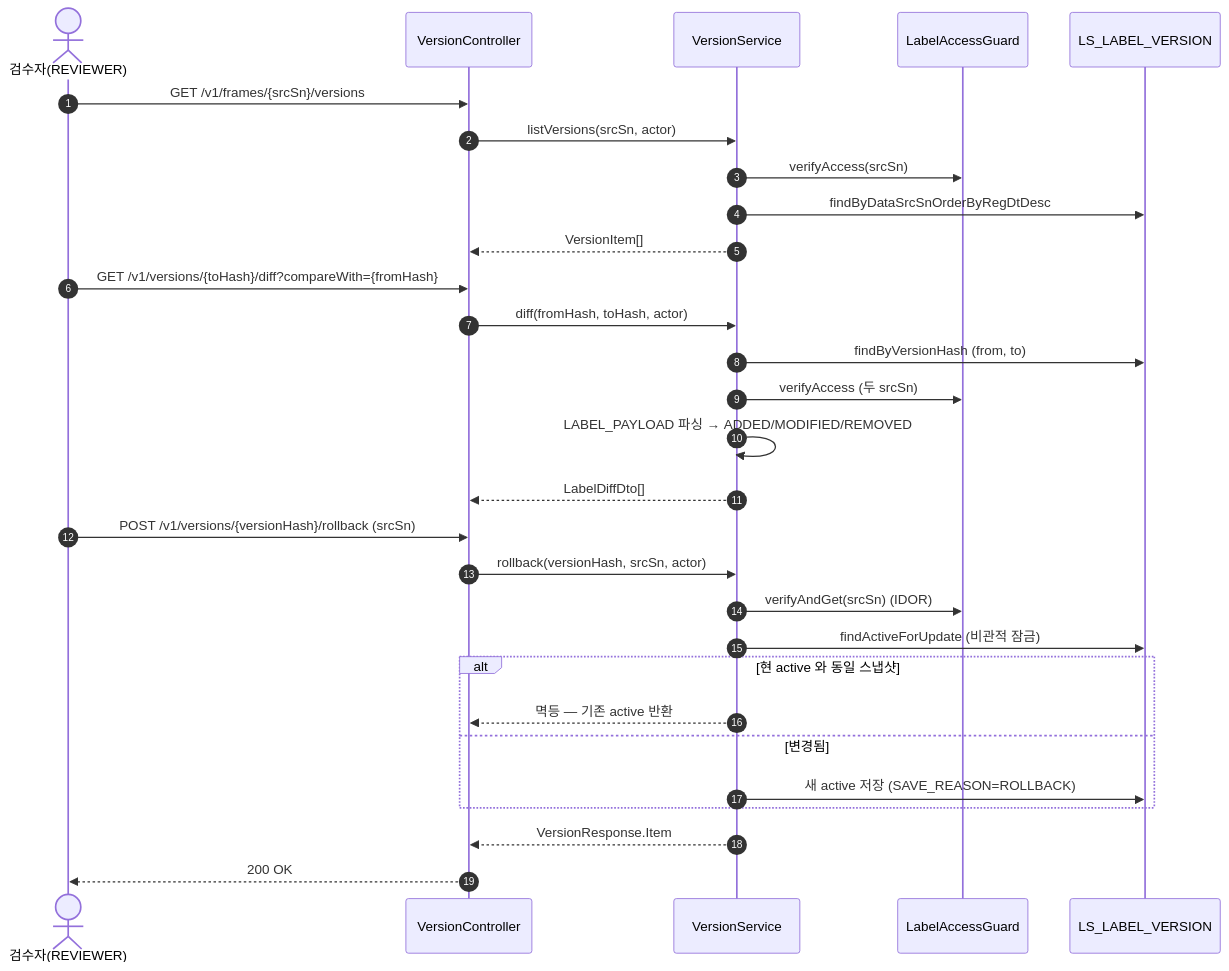
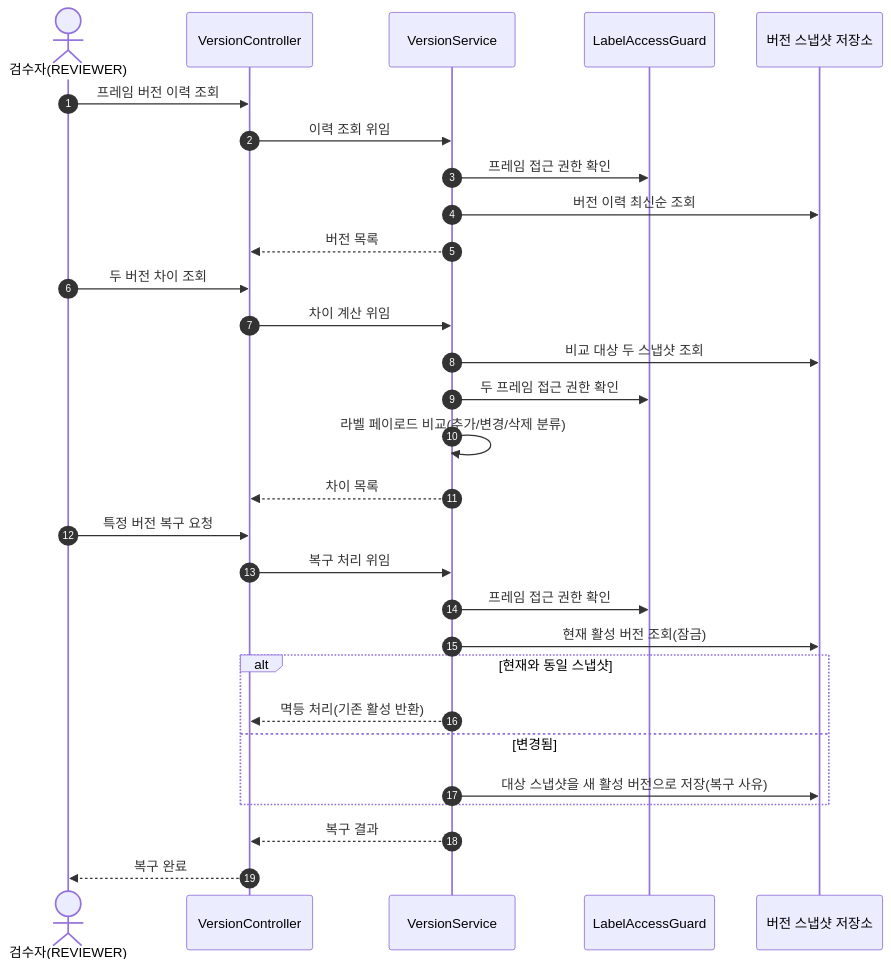
The eighth of 26 diagrams in docs/design/D1-클래스설계서.md (New-stella/klid-label), drawn with Mermaid before and after one commit. The commit also changed other lines of this file and 32 other files, not shown here.

````diff
--- a/docs/design/D1-클래스설계서.md
+++ b/docs/design/D1-클래스설계서.md
@@ -496,31 +471,31 @@
 ```mermaid
 sequenceDiagram
     autonumber
     actor RV as 검수자(REVIEWER)
     participant VC as VersionController
     participant VS as VersionService
     participant AG as LabelAccessGuard
-    participant DB as LS_LABEL_VERSION
-    RV->>VC: GET /v1/frames/{srcSn}/versions
-    VC->>VS: listVersions(srcSn, actor)
-    VS->>AG: verifyAccess(srcSn)
-    VS->>DB: findByDataSrcSnOrderByRegDtDesc
-    VS-->>VC: VersionItem[]
-    RV->>VC: GET /v1/versions/{toHash}/diff?compareWith={fromHash}
-    VC->>VS: diff(fromHash, toHash, actor)
-    VS->>DB: findByVersionHash (from, to)
-    VS->>AG: verifyAccess (두 srcSn)
-    VS->>VS: LABEL_PAYLOAD 파싱 → ADDED/MODIFIED/REMOVED
-    VS-->>VC: LabelDiffDto[]
-    RV->>VC: POST /v1/versions/{versionHash}/rollback (srcSn)
-    VC->>VS: rollback(versionHash, srcSn, actor)
-    VS->>AG: verifyAndGet(srcSn) (IDOR)
-    VS->>DB: findActiveForUpdate (비관적 잠금)
-    alt 현 active 와 동일 스냅샷
-        VS-->>VC: 멱등 — 기존 active 반환
+    participant DB as 버전 스냅샷 저장소
+    RV->>VC: 프레임 버전 이력 조회
+    VC->>VS: 이력 조회 위임
+    VS->>AG: 프레임 접근 권한 확인
+    VS->>DB: 버전 이력 최신순 조회
+    VS-->>VC: 버전 목록
+    RV->>VC: 두 버전 차이 조회
+    VC->>VS: 차이 계산 위임
+    VS->>DB: 비교 대상 두 스냅샷 조회
+    VS->>AG: 두 프레임 접근 권한 확인
+    VS->>VS: 라벨 페이로드 비교(추가/변경/삭제 분류)
+    VS-->>VC: 차이 목록
+    RV->>VC: 특정 버전 복구 요청
+    VC->>VS: 복구 처리 위임
+    VS->>AG: 프레임 접근 권한 확인
+    VS->>DB: 현재 활성 버전 조회(잠금)
+    alt 현재와 동일 스냅샷
+        VS-->>VC: 멱등 처리(기존 활성 반환)
     else 변경됨
-        VS->>DB: 새 active 저장 (SAVE_REASON=ROLLBACK)
+        VS->>DB: 대상 스냅샷을 새 활성 버전으로 저장(복구 사유)
     end
-    VS-->>VC: VersionResponse.Item
-    VC-->>RV: 200 OK
+    VS-->>VC: 복구 결과
+    VC-->>RV: 복구 완료
 ```
````
